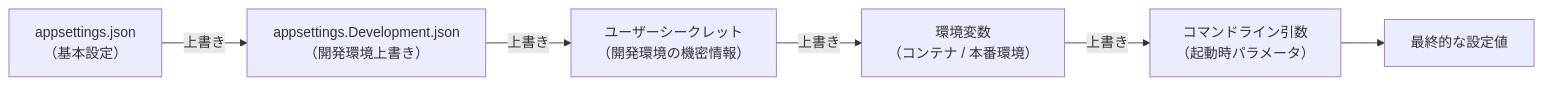
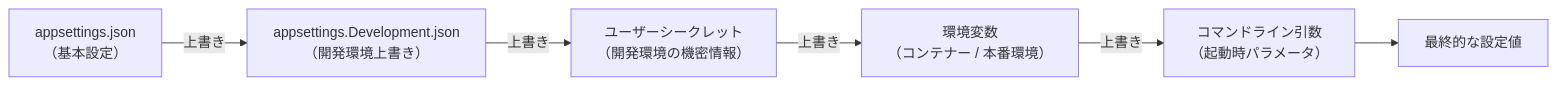
Before and after one commit to microsoft/aspnetcore-ja-handbook: the second of 2 diagrams in src/content/docs/05-configuration/index.md, drawn with Mermaid. The commit also changed other lines of this file and 3 other files, not shown here.

First line of the commit message:
docs: 第2〜5章の「コンテナ」を辞書に従い「コンテナー」に統一 (#34)

````diff
--- a/src/content/docs/05-configuration/index.md
+++ b/src/content/docs/05-configuration/index.md
@@ -943,13 +943,13 @@
 ```mermaid
 flowchart LR
     J["appsettings.json\n（基本設定）"]
     JE["appsettings.Development.json\n（開発環境上書き）"]
     US["ユーザーシークレット\n（開発環境の機密情報）"]
-    EV["環境変数\n（コンテナ / 本番環境）"]
+    EV["環境変数\n（コンテナー / 本番環境）"]
     CL["コマンドライン引数\n（起動時パラメータ）"]
     J -->|上書き| JE
     JE -->|上書き| US
     US -->|上書き| EV
     EV -->|上書き| CL
     CL --> Final["最終的な設定値"]
 ```
````
